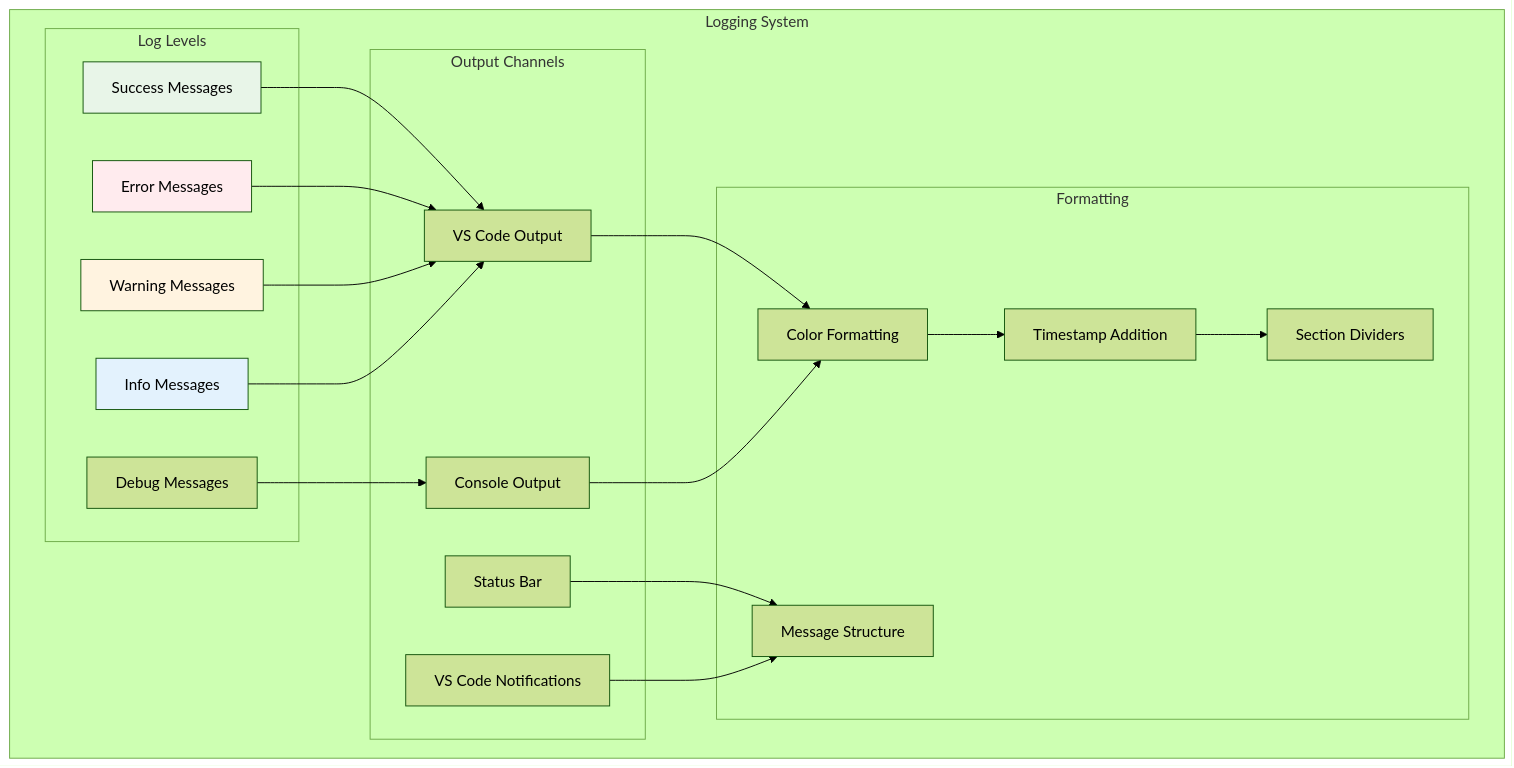
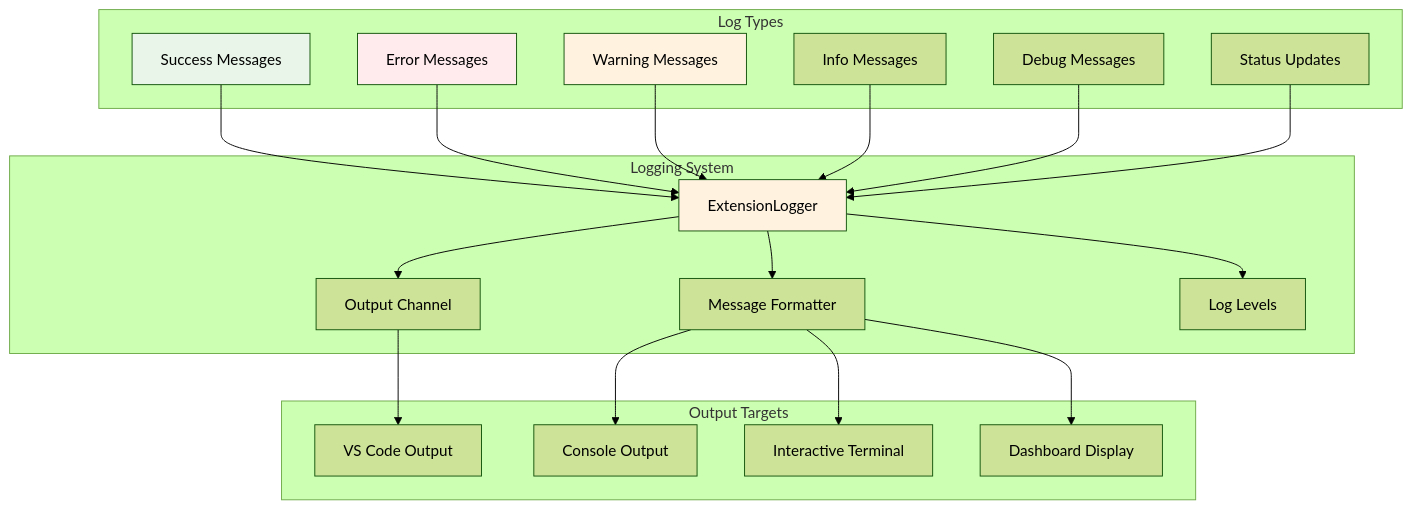
The fourth of 6 diagrams in gitcue/src/utils/README.md (sbeeredd04/auto-git), drawn with Mermaid (forest theme) before and after one commit. The commit also changed other lines of this file and 9 other files, not shown here.

First line of the commit message:
feat(extension): Improve real-time updates and terminal handling

````diff
--- a/gitcue/src/utils/README.md
+++ b/gitcue/src/utils/README.md
@@ -398,45 +378,46 @@
 ```mermaid
 graph TB
     subgraph "Logging System"
-        subgraph "Log Levels"
-            SUCCESS[Success Messages]
-            ERROR[Error Messages]
-            WARNING[Warning Messages]
-            INFO[Info Messages]
-            DEBUG[Debug Messages]
-        end
-        
-        subgraph "Output Channels"
-            VSCODE_OUTPUT[VS Code Output]
-            CONSOLE[Console Output]
-            STATUS[Status Bar]
-            NOTIFICATIONS[VS Code Notifications]
-        end
-        
-        subgraph "Formatting"
-            COLORS[Color Formatting]
-            TIMESTAMPS[Timestamp Addition]
-            STRUCTURE[Message Structure]
-            SECTIONS[Section Dividers]
-        end
+        LOGGER[ExtensionLogger]
+        CHANNEL[Output Channel]
+        FORMATTER[Message Formatter]
+        LEVELS[Log Levels]
     end
     
-    SUCCESS --> VSCODE_OUTPUT
-    ERROR --> VSCODE_OUTPUT
-    WARNING --> VSCODE_OUTPUT
-    INFO --> VSCODE_OUTPUT
-    DEBUG --> CONSOLE
+    subgraph "Log Types"
+        SUCCESS[Success Messages]
+        ERROR[Error Messages]
+        WARNING[Warning Messages]
+        INFO[Info Messages]
+        DEBUG[Debug Messages]
+        STATUS[Status Updates]
+    end
     
-    VSCODE_OUTPUT --> COLORS
-    CONSOLE --> COLORS
-    STATUS --> STRUCTURE
-    NOTIFICATIONS --> STRUCTURE
+    subgraph "Output Targets"
+        VSCODE[VS Code Output]
+        CONSOLE[Console Output]
+        INTERACTIVE[Interactive Terminal]
+        DASHBOARD[Dashboard Display]
+    end
     
-    COLORS --> TIMESTAMPS
-    TIMESTAMPS --> SECTIONS
+    LOGGER --> CHANNEL
+    LOGGER --> FORMATTER
+    LOGGER --> LEVELS
     
+    SUCCESS --> LOGGER
+    ERROR --> LOGGER
+    WARNING --> LOGGER
+    INFO --> LOGGER
+    DEBUG --> LOGGER
+    STATUS --> LOGGER
+    
+    CHANNEL --> VSCODE
+    FORMATTER --> CONSOLE
+    FORMATTER --> INTERACTIVE
+    FORMATTER --> DASHBOARD
+    
+    style LOGGER fill:#fff3e0
     style SUCCESS fill:#e8f5e8
     style ERROR fill:#ffebee
     style WARNING fill:#fff3e0
-    style INFO fill:#e3f2fd
 ```
````
